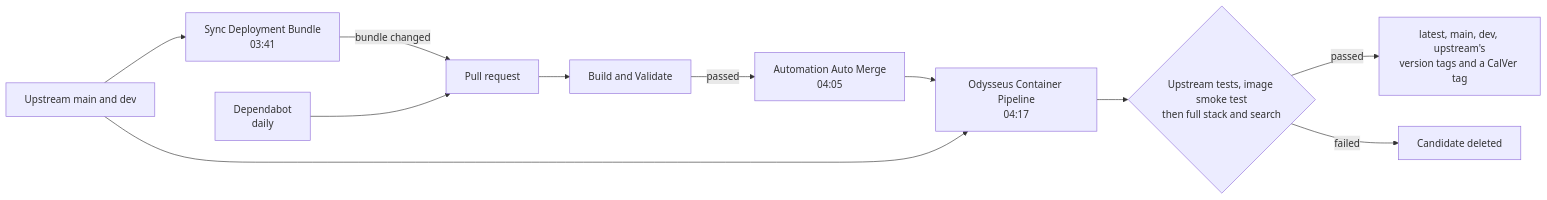
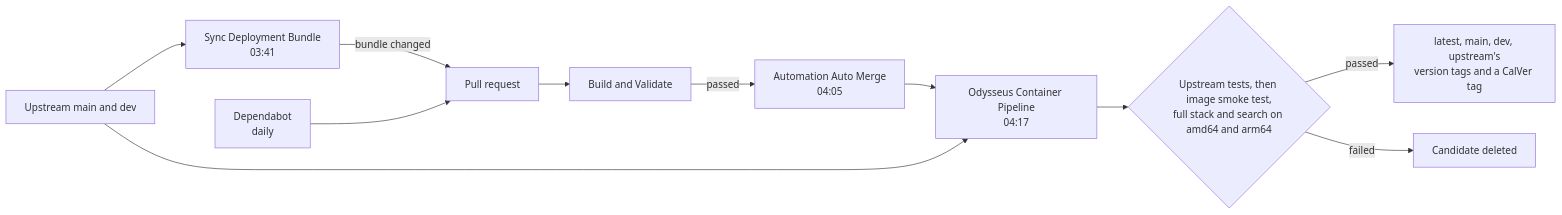
The diagram in README.md (netspeedy/odysseusai), drawn with Mermaid before and after one commit. The commit also changed other lines of this file and 5 other files, not shown here.

First line of the commit message:
feat: build and publish arm64 images alongside amd64 (#16)

````diff
--- a/README.md
+++ b/README.md
@@ -104,13 +104,13 @@
 ```mermaid
 flowchart LR
   up[Upstream main and dev] --> sync[Sync Deployment Bundle<br/>03:41]
   sync -->|bundle changed| pr[Pull request]
   dep[Dependabot<br/>daily] --> pr
   pr --> validate[Build and Validate]
   validate -->|passed| merge[Automation Auto Merge<br/>04:05]
   merge --> images
   up --> images[Odysseus Container Pipeline<br/>04:17]
-  images --> gates{Upstream tests, image smoke test<br/>then full stack and search}
+  images --> gates{Upstream tests, then image smoke test,<br/>full stack and search on amd64 and arm64}
   gates -->|passed| tags[latest, main, dev, upstream's<br/>version tags and a CalVer tag]
   gates -->|failed| drop[Candidate deleted]
 ```
````
